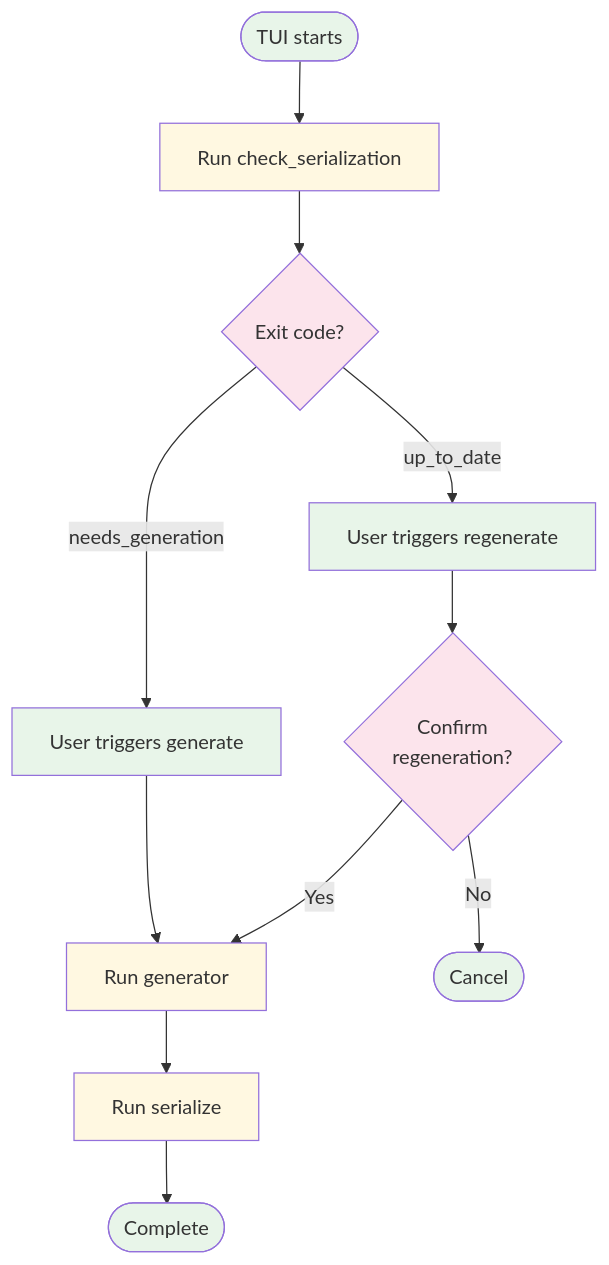
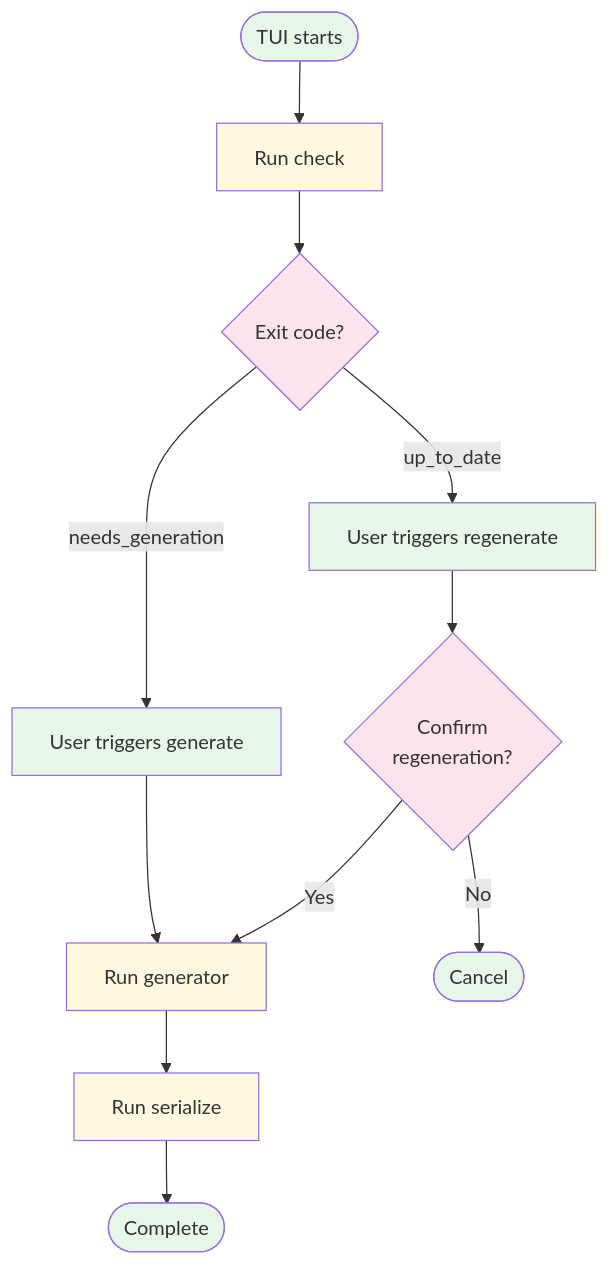
One commit to mrVanDalo/nixos-artifacts changed the diagram in docs/modules/ROOT/pages/backend-concepts.adoc. Above: the diagram before and after it, drawn with Mermaid. The commit also changed 9 other files, not shown here.

```diff
--- a/docs/modules/ROOT/pages/backend-concepts.adoc
+++ b/docs/modules/ROOT/pages/backend-concepts.adoc
@@ -78,25 +78,25 @@
 [mermaid]
 ----
 flowchart TD
-    Start([TUI starts]) --> Check[Run check_serialization]
+    Start([TUI starts]) --> Check[Run check]
     Check --> Status{Exit code?}
     Status --"needs_generation"--> RunGen[User triggers generate]
     Status --"up_to_date"--> RunRegen[User triggers regenerate]
     RunRegen --> Dialog{Confirm\nregeneration?}
     Dialog --"Yes"--> Gen[Run generator]
     Dialog --"No"--> Done([Cancel])
     RunGen --> Gen
     Gen --> Store[Run serialize]
     Store --> Done2([Complete])
 
     style Start fill:#e8f5e9
     style Check fill:#fff8e1
     style Status fill:#fce4ec
     style RunGen fill:#e8f5e9
     style RunRegen fill:#e8f5e9
     style Dialog fill:#fce4ec
     style Gen fill:#fff8e1
     style Store fill:#fff8e1
     style Done fill:#e8f5e9
     style Done2 fill:#e8f5e9
 ----
```
